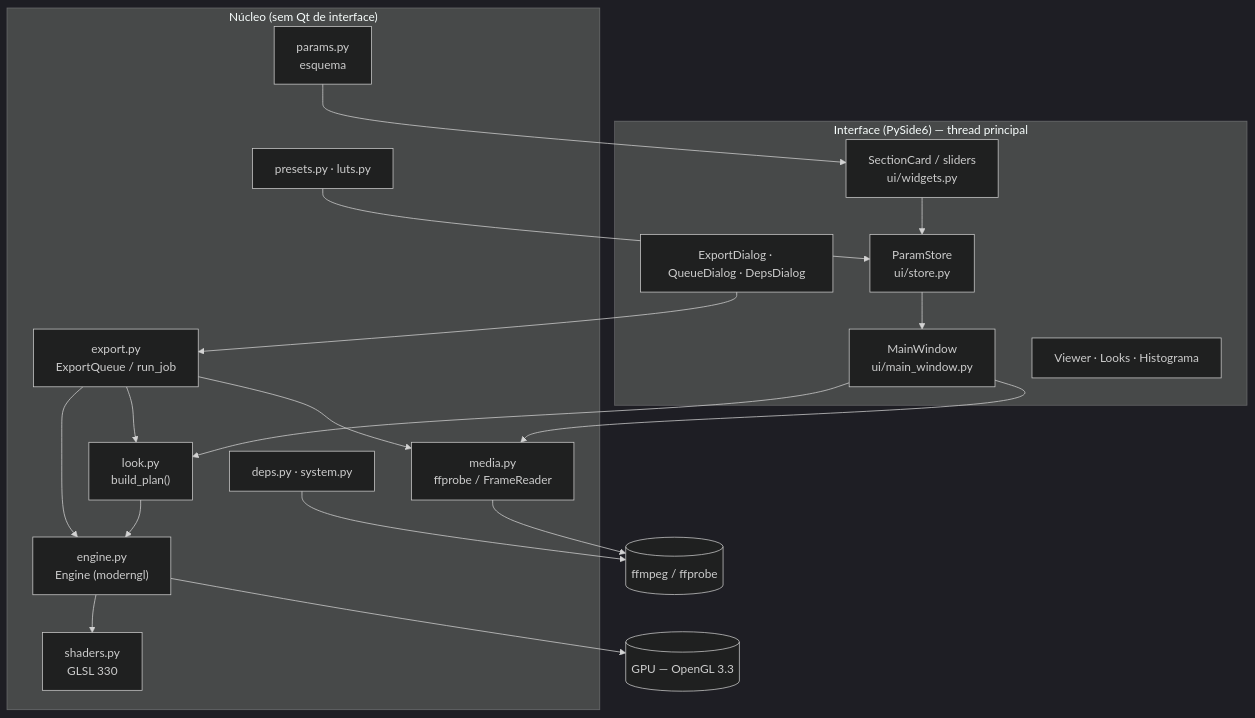
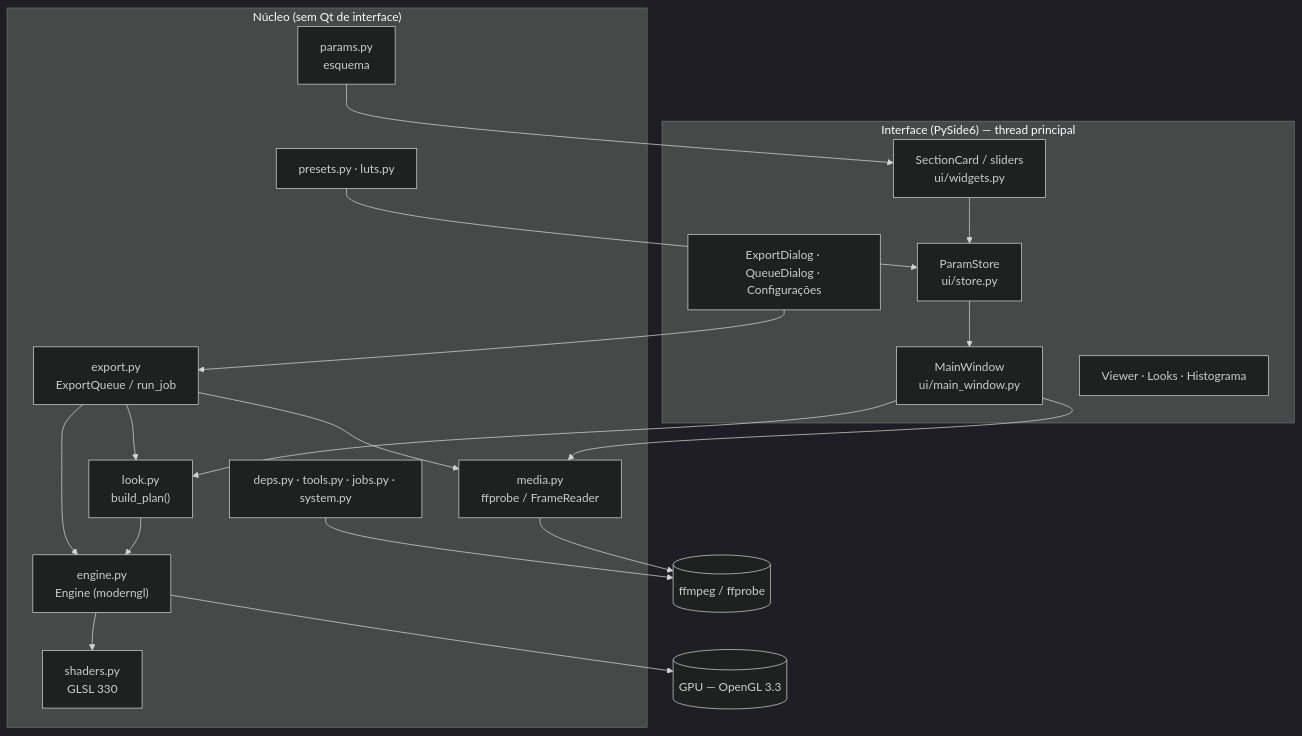
The first of 3 diagrams in docs/ARQUITETURA.md (edvitor13/pelicula-converter), drawn with Mermaid (dark theme) before and after one commit. The commit also changed other lines of this file and 21 other files, not shown here.

````diff
--- a/docs/ARQUITETURA.md
+++ b/docs/ARQUITETURA.md
@@ -29,38 +31,38 @@
 ```mermaid
 flowchart TB
     subgraph UI["Interface (PySide6) — thread principal"]
         MW["MainWindow<br/>ui/main_window.py"]
         ST["ParamStore<br/>ui/store.py"]
         WG["SectionCard / sliders<br/>ui/widgets.py"]
         VW["Viewer · Looks · Histograma"]
-        ED["ExportDialog · QueueDialog · DepsDialog"]
+        ED["ExportDialog · QueueDialog · Configurações"]
     end
     subgraph CORE["Núcleo (sem Qt de interface)"]
         PR["params.py<br/>esquema"]
         LK["look.py<br/>build_plan()"]
         EN["engine.py<br/>Engine (moderngl)"]
         SH["shaders.py<br/>GLSL 330"]
         PS["presets.py · luts.py"]
         MD["media.py<br/>ffprobe / FrameReader"]
         EX["export.py<br/>ExportQueue / run_job"]
-        DP["deps.py · system.py"]
+        DP["deps.py · tools.py · jobs.py · system.py"]
     end
     FF[("ffmpeg / ffprobe")]
     GPU[("GPU — OpenGL 3.3")]
 
     PR --> WG
     WG --> ST
     ST --> MW
     MW --> LK
     LK --> EN
     EN --> SH
     EN --> GPU
     MW --> MD
     MD --> FF
     ED --> EX
     EX --> LK
     EX --> EN
     EX --> MD
     PS --> ST
     DP --> FF
 ```
````
